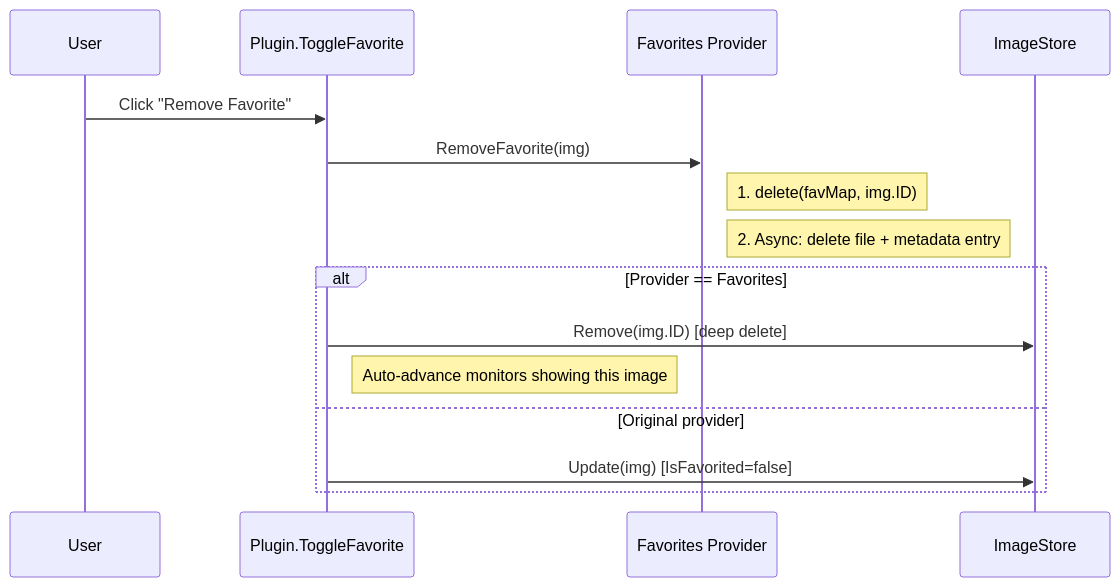
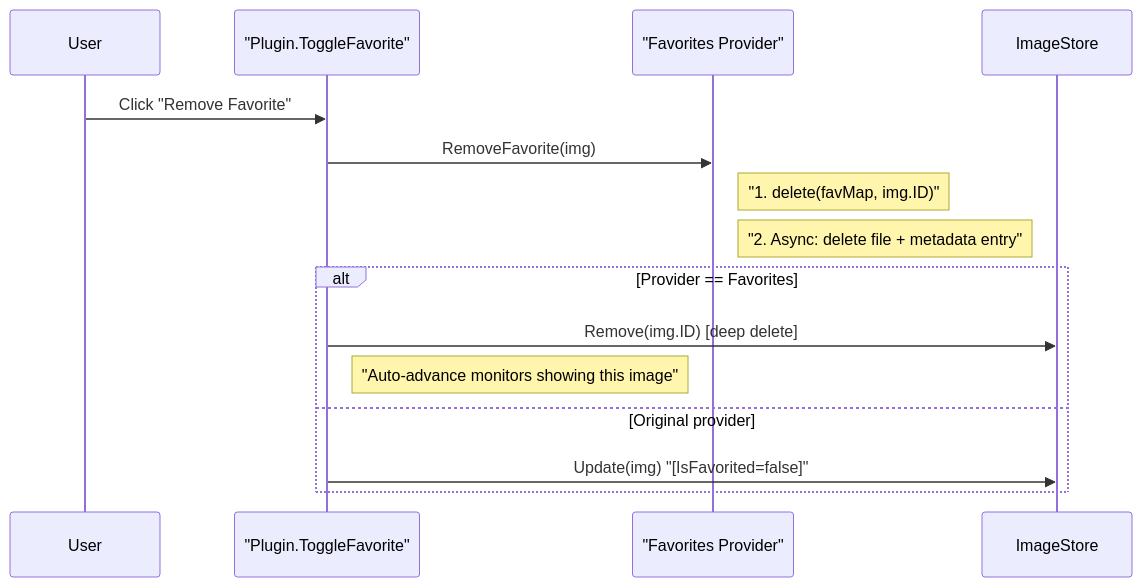
The second of 2 diagrams in docs/concurrency.md (dixieflatline76/Spice), drawn with Mermaid before and after one commit. The commit also changed other lines of this file and 1 other file, not shown here.

Commit message:
docs: fix Mermaid syntax errors in architectural diagrams

````diff
--- a/docs/concurrency.md
+++ b/docs/concurrency.md
@@ -74,19 +74,19 @@
 ```mermaid
 sequenceDiagram
     participant User
-    participant Plugin as Plugin.ToggleFavorite
-    participant FavProv as Favorites Provider
+    participant Plugin as "Plugin.ToggleFavorite"
+    participant FavProv as "Favorites Provider"
     participant Store as ImageStore
 
     User->>Plugin: Click "Remove Favorite"
     Plugin->>FavProv: RemoveFavorite(img)
-    Note right of FavProv: 1. delete(favMap, img.ID)
-    Note right of FavProv: 2. Async: delete file + metadata entry
+    Note right of FavProv: "1. delete(favMap, img.ID)"
+    Note right of FavProv: "2. Async: delete file + metadata entry"
 
     alt Provider == Favorites
         Plugin->>Store: Remove(img.ID) [deep delete]
-        Note right of Plugin: Auto-advance monitors showing this image
+        Note right of Plugin: "Auto-advance monitors showing this image"
     else Original provider
-        Plugin->>Store: Update(img) [IsFavorited=false]
+        Plugin->>Store: Update(img) "[IsFavorited=false]"
     end
 ```
````
